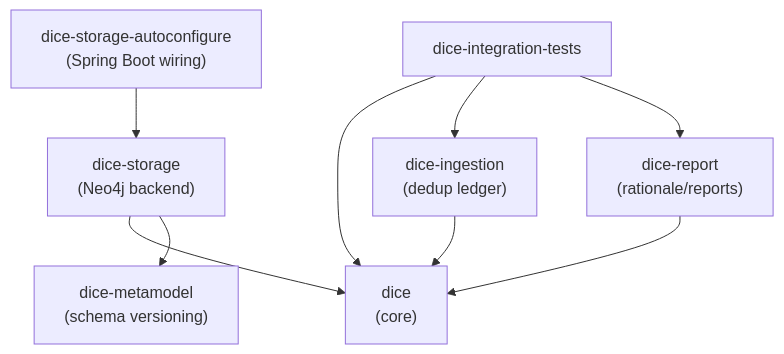
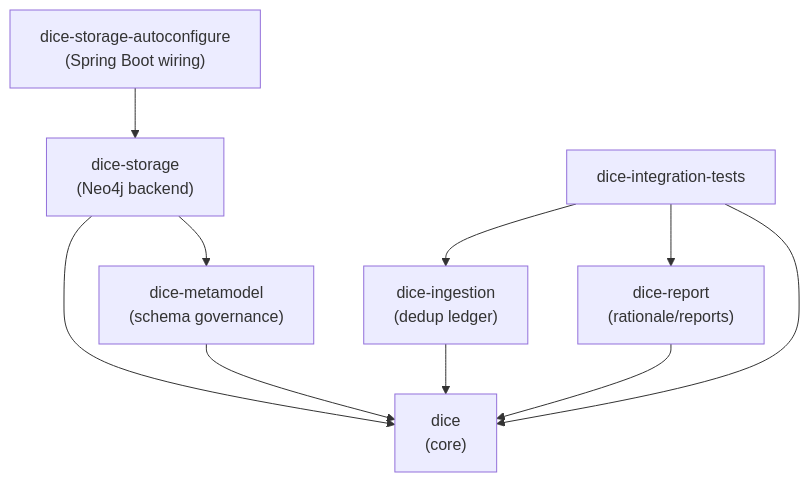
Before and after one commit to embabel/dice: the first of 6 diagrams in docs/design/architecture.md, drawn with Mermaid. The commit also changed other lines of this file and 16 other files, not shown here.

````diff
--- a/docs/design/architecture.md
+++ b/docs/design/architecture.md
@@ -22,19 +22,20 @@
 ```mermaid
 flowchart TB
     dice["dice<br/>(core)"]
     storage["dice-storage<br/>(Neo4j backend)"]
     autoconf["dice-storage-autoconfigure<br/>(Spring Boot wiring)"]
     ingestion["dice-ingestion<br/>(dedup ledger)"]
     report["dice-report<br/>(rationale/reports)"]
-    metamodel["dice-metamodel<br/>(schema versioning)"]
+    metamodel["dice-metamodel<br/>(schema governance)"]
     itest["dice-integration-tests"]
 
     storage --> dice
     storage --> metamodel
+    metamodel --> dice
     autoconf --> storage
     ingestion --> dice
     report --> dice
     itest --> dice
     itest --> ingestion
     itest --> report
 ```
````
